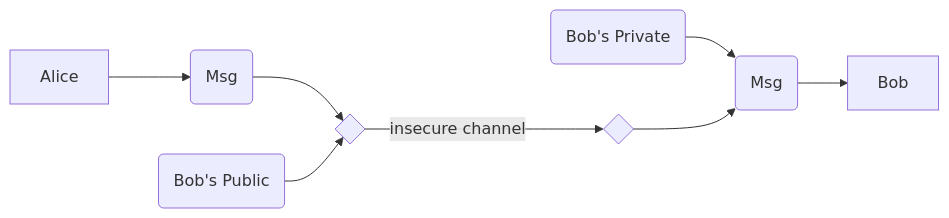
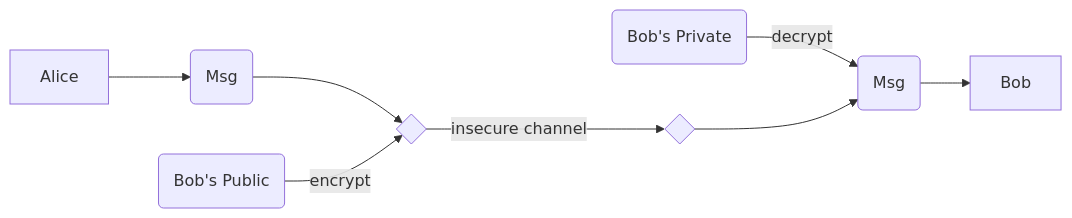
The second of 4 diagrams in SEC/Security.md (AlviseDeFaveri/appunti), drawn with Mermaid before and after one commit. The commit also changed other lines of this file, not shown here.

````diff
--- a/SEC/Security.md
+++ b/SEC/Security.md
@@ -103,10 +93,10 @@
 ```mermaid
 graph LR;
 Alice --> M(Msg)
 M --> C{ }
-P(Bob's Public) --> C
-S(Bob's Private) --> M2
+P(Bob's Public) -->|encrypt| C
+S(Bob's Private) -->|decrypt| M2
 C -->|insecure channel| D{ }
 D --> M2(Msg)
 M2 --> Bob
 ```
````
